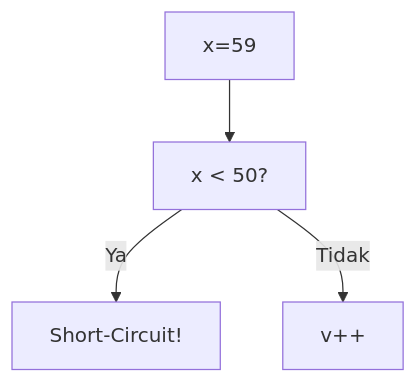
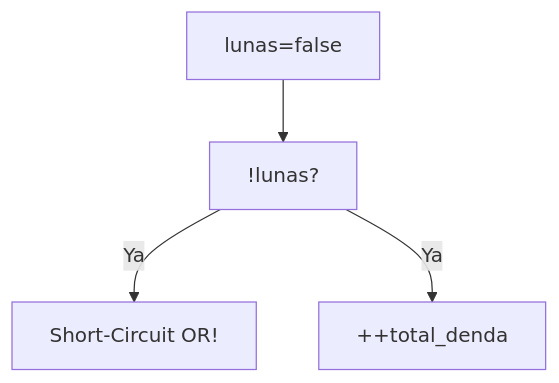
The second of 25 diagrams in part-c-pemahaman-cpp/02-percabangan/latihan/set-12.md (amnahwaida/OSNK_INF_PREP), drawn with Mermaid before and after one commit. The commit also changed other lines of this file and 71 other files, not shown here.

````diff
--- a/part-c-pemahaman-cpp/02-percabangan/latihan/set-12.md
+++ b/part-c-pemahaman-cpp/02-percabangan/latihan/set-12.md
@@ -50,6 +51,6 @@
 ```mermaid
 graph TD
-A["x=59"] --> B["x < 50?"]
-B -- Ya --> C["Short-Circuit!"]
-B -- Tidak --> D["v++"]
+A["lunas=false"] --> B["!lunas?"]
+B -- Ya --> C["Short-Circuit OR!"]
+B -- Ya --> D["++total_denda"]
 ```
````
